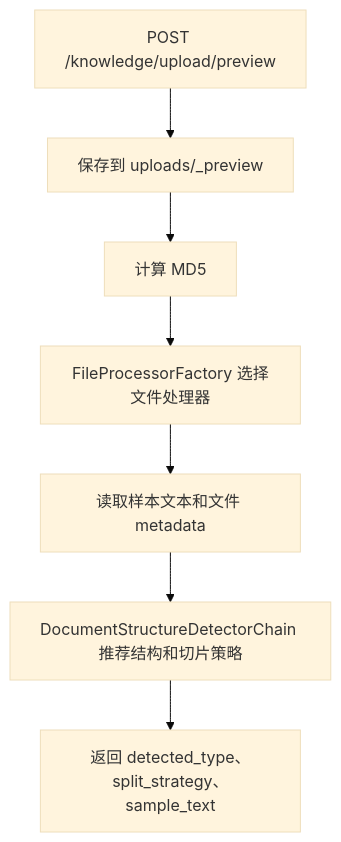
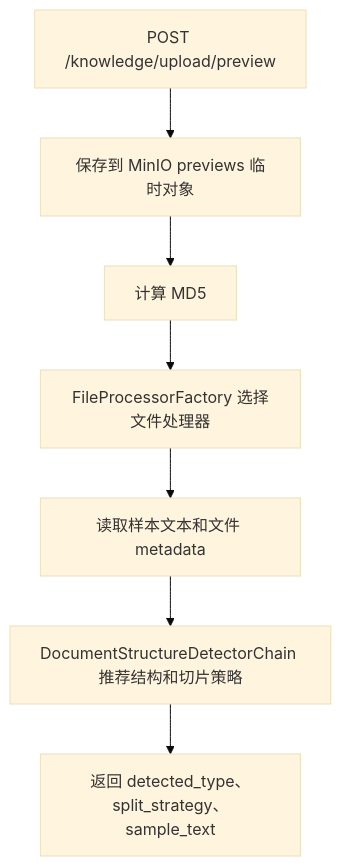
Before and after one commit to chen-liang-22/AI_RAG_Agent_Project: the second of 3 diagrams in docs/RAG上传文件处理与切片策略设计.md, drawn with Mermaid (base theme). The commit also changed other lines of this file and 30 other files, not shown here.

````diff
--- a/docs/RAG上传文件处理与切片策略设计.md
+++ b/docs/RAG上传文件处理与切片策略设计.md
@@ -397,9 +397,9 @@
 ```mermaid
 flowchart TD
-    A["POST /knowledge/upload/preview"] --> B["保存到 uploads/_preview"]
+    A["POST /knowledge/upload/preview"] --> B["保存到 MinIO previews 临时对象"]
     B --> C["计算 MD5"]
     C --> D["FileProcessorFactory 选择文件处理器"]
     D --> E["读取样本文本和文件 metadata"]
     E --> F["DocumentStructureDetectorChain 推荐结构和切片策略"]
     F --> G["返回 detected_type、split_strategy、sample_text"]
 ```
````
